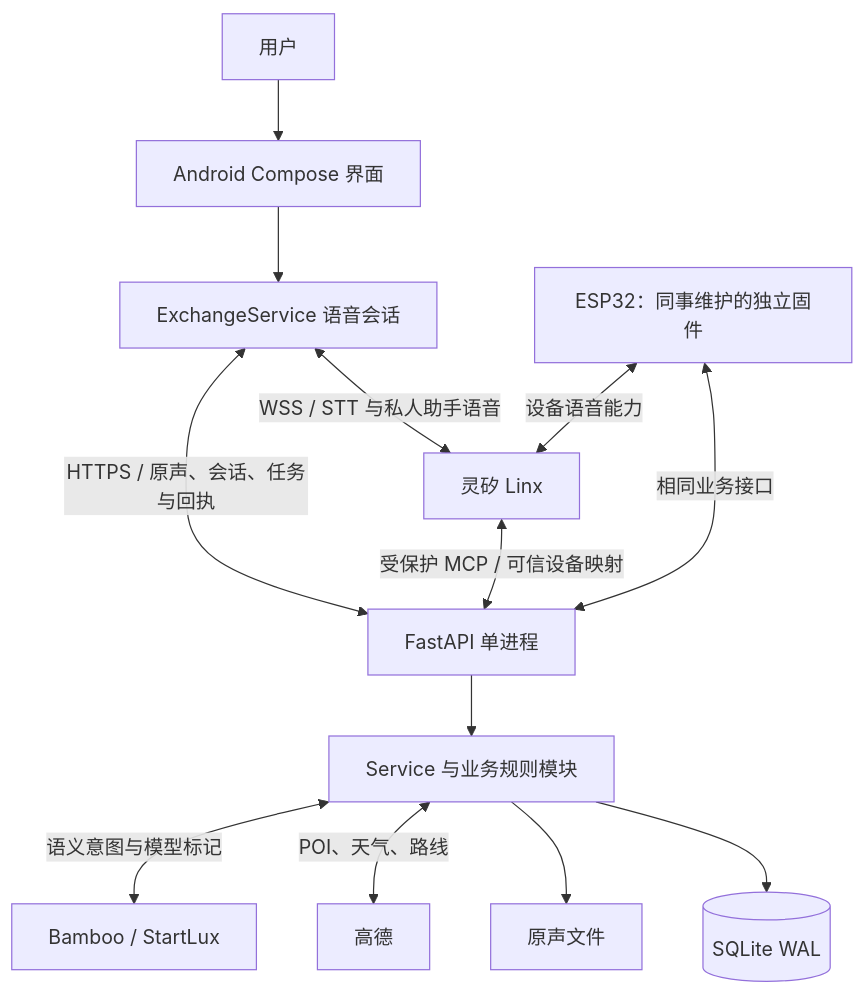
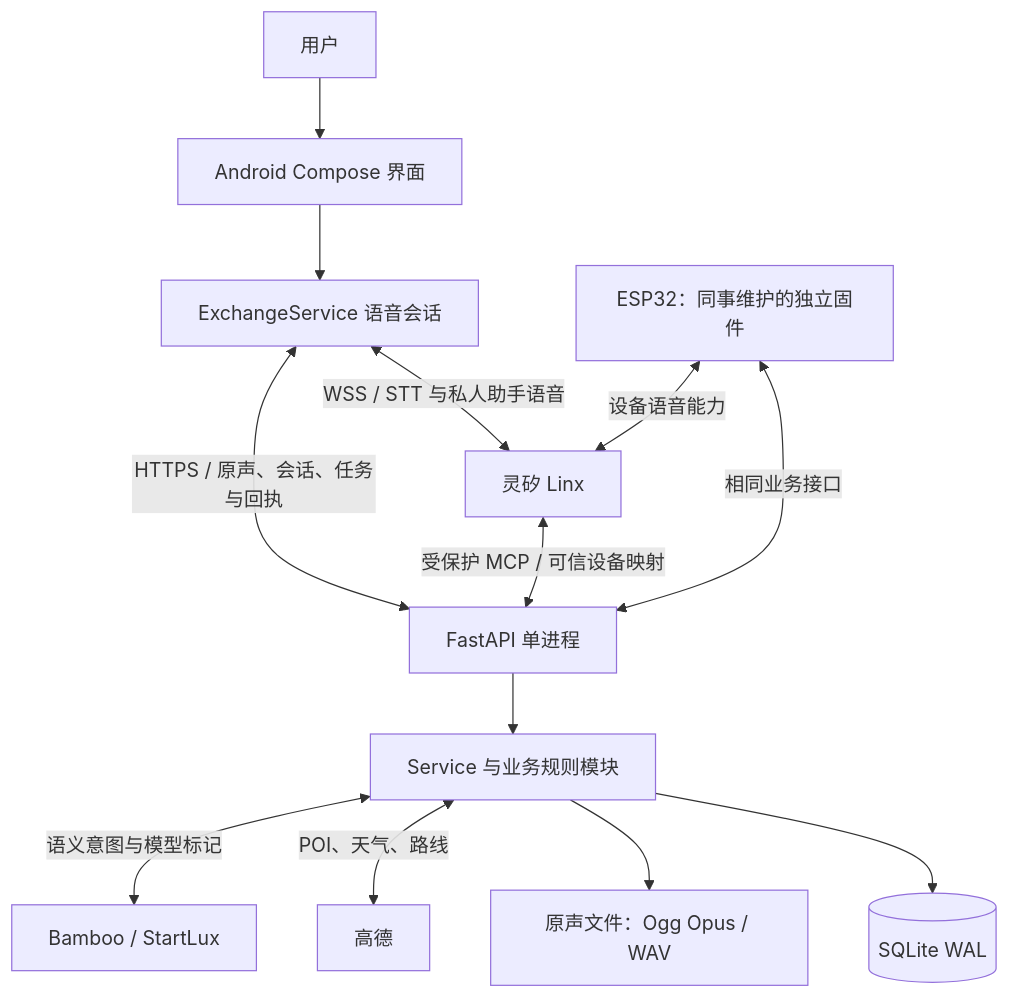
One commit to cnjoby/voxity changed the first of 2 diagrams in docs/design/module-specs.md. Above: the diagram before and after it, drawn with Mermaid. The commit also changed other lines of this file and 7 other files, not shown here.

Commit message:
docs: refresh current architecture and Opus delivery status

````diff
--- a/docs/design/module-specs.md
+++ b/docs/design/module-specs.md
@@ -7,15 +9,15 @@
 ```mermaid
 flowchart TB
     U[用户] --> A[Android Compose 界面]
     A --> R[ExchangeService 语音会话]
     R <-->|WSS / STT 与私人助手语音| L[灵矽 Linx]
     R <-->|HTTPS / 原声、会话、任务与回执| H[FastAPI 单进程]
     E[ESP32：同事维护的独立固件] <-->|相同业务接口| H
     E <-->|设备语音能力| L
     L <-->|受保护 MCP / 可信设备映射| H
     H --> S[Service 与业务规则模块]
     S --> DB[(SQLite WAL)]
-    S --> WAV[原声文件]
+    S --> WAV[原声文件：Ogg Opus / WAV]
     S <-->|POI、天气、路线| G[高德]
     S <-->|语义意图与模型标记| B[Bamboo / StartLux]
 ```
````
